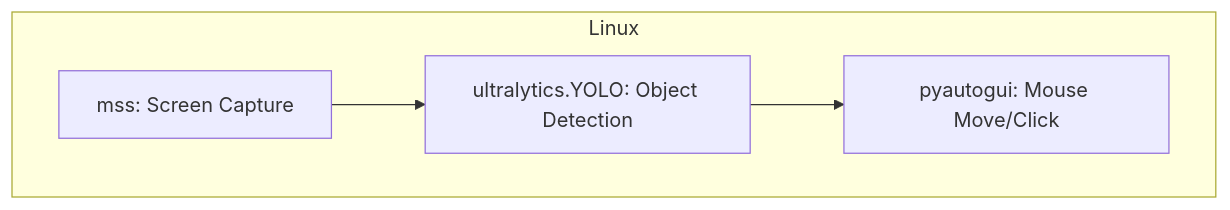
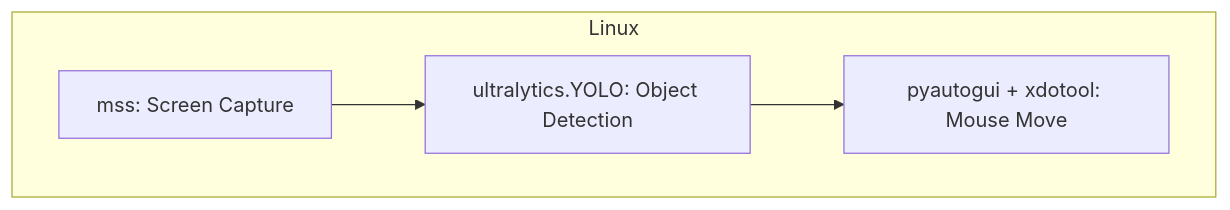
The second of 3 diagrams in README.md (MelvinSGjr/Lunar-AI-Aimbot-for-Linux), drawn with Mermaid before and after one commit. The commit also changed other lines of this file, not shown here.

````diff
--- a/README.md
+++ b/README.md
@@ -160,9 +159,9 @@
 ```mermaid
 flowchart TD
     subgraph Linux
         A1["mss: Screen Capture"]
         B1["ultralytics.YOLO: Object Detection"]
-        C1["pyautogui: Mouse Move/Click"]
+        C1["pyautogui + xdotool: Mouse Move"]
     end
     A1 --> B1 --> C1
 ```
````
